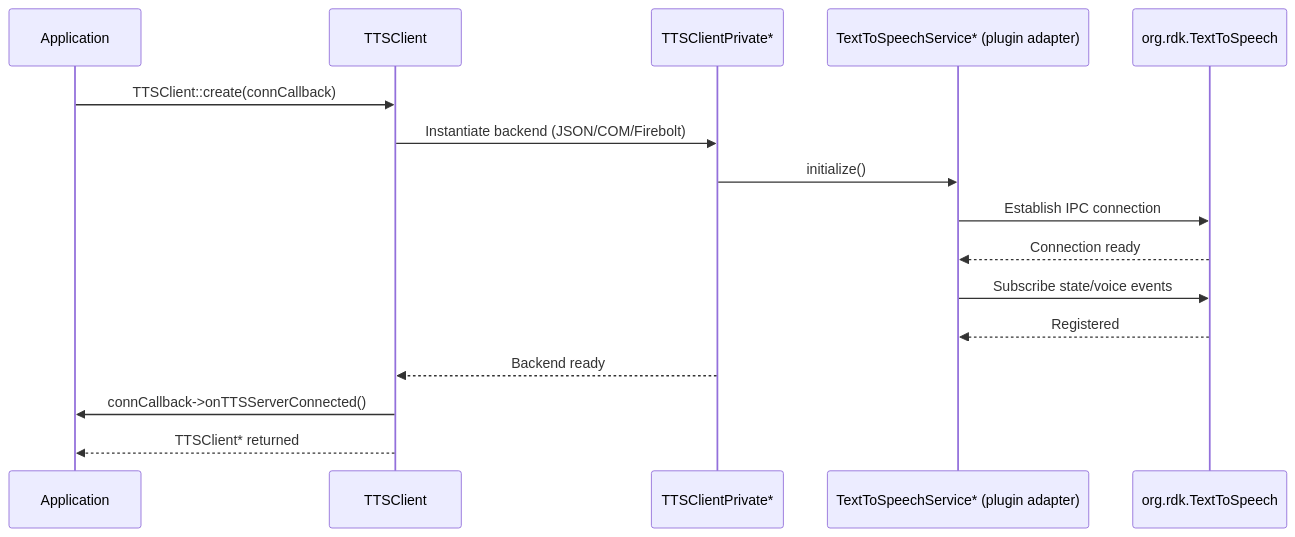
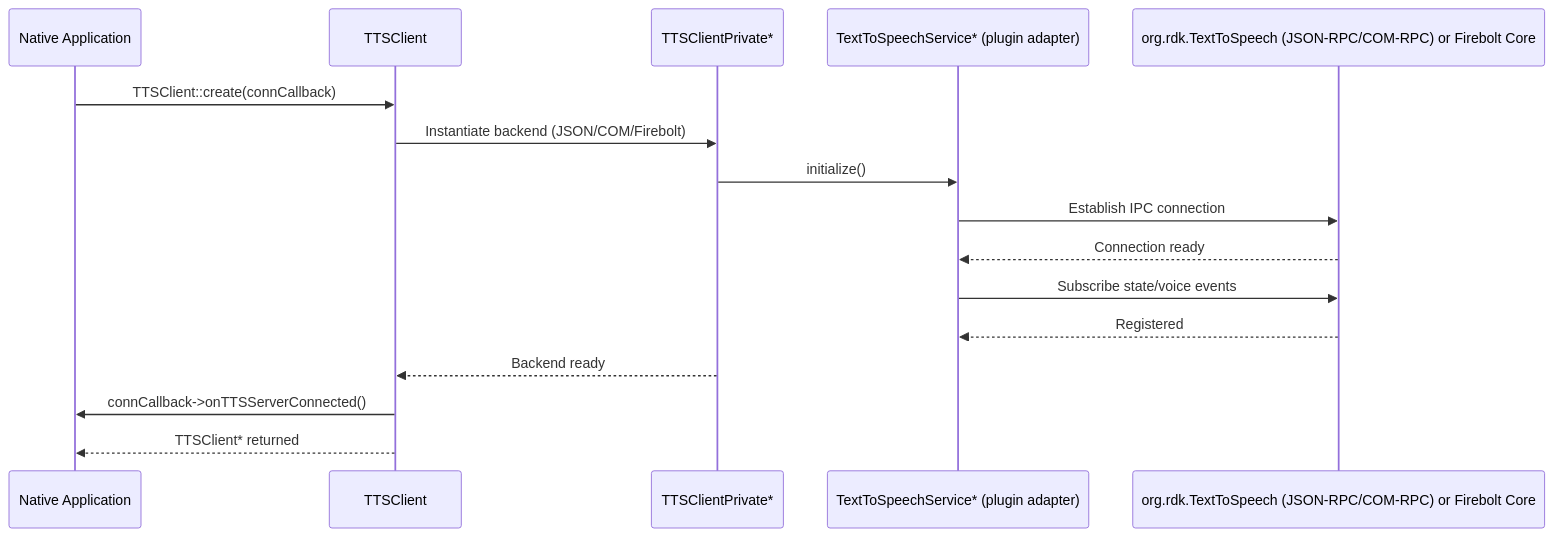
One commit to rns21/RDK_Documentation changed the fourth of 7 diagrams in docs/docu/RDKV-Documentations/tts_engine.md. Above: the diagram before and after it, drawn with Mermaid. The commit also changed other lines of this file, not shown here.

````diff
--- a/docs/docu/RDKV-Documentations/tts_engine.md
+++ b/docs/docu/RDKV-Documentations/tts_engine.md
@@ -183,19 +189,19 @@
 ```mermaid
 sequenceDiagram
-    participant App as Application
+    participant App as Native Application
     participant TC as TTSClient
     participant BE as TTSClientPrivate*
     participant SVC as TextToSpeechService* (plugin adapter)
-    participant Thunder as org.rdk.TextToSpeech
+    participant EP as org.rdk.TextToSpeech (JSON-RPC/COM-RPC) or Firebolt Core
 
     App->>TC: TTSClient::create(connCallback)
     TC->>BE: Instantiate backend (JSON/COM/Firebolt)
     BE->>SVC: initialize()
-    SVC->>Thunder: Establish IPC connection
-    Thunder-->>SVC: Connection ready
-    SVC->>Thunder: Subscribe state/voice events
-    Thunder-->>SVC: Registered
+    SVC->>EP: Establish IPC connection
+    EP-->>SVC: Connection ready
+    SVC->>EP: Subscribe state/voice events
+    EP-->>SVC: Registered
     BE-->>TC: Backend ready
     TC->>App: connCallback->onTTSServerConnected()
     TC-->>App: TTSClient* returned
 ```
````
